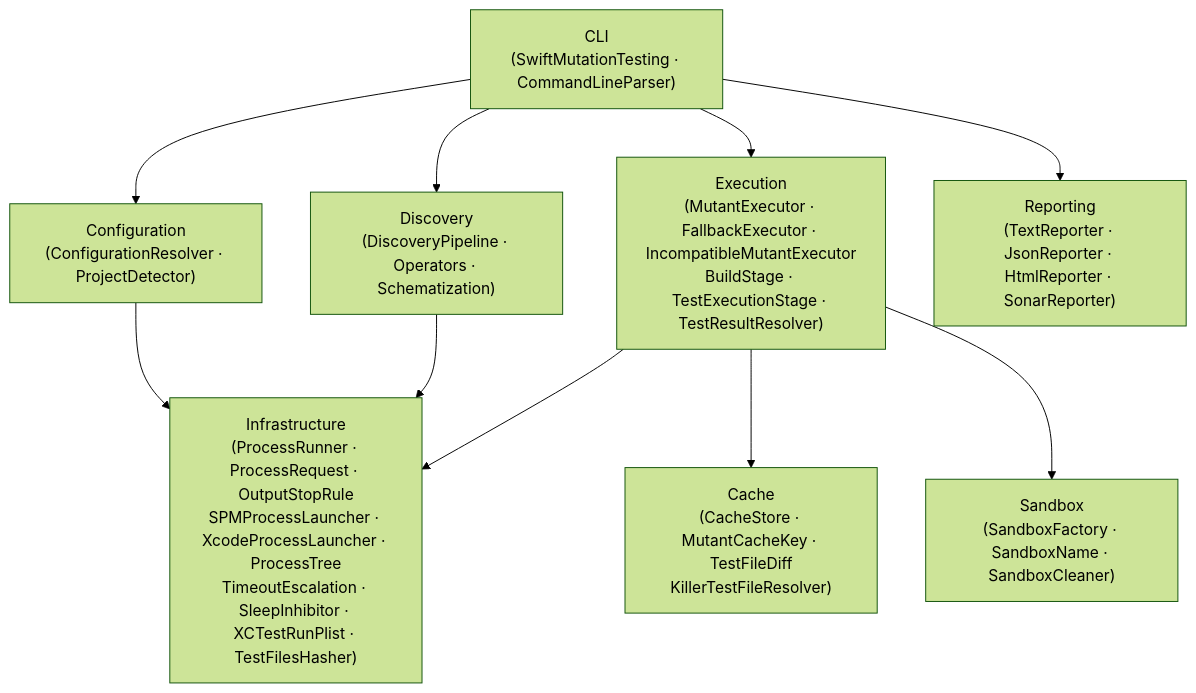
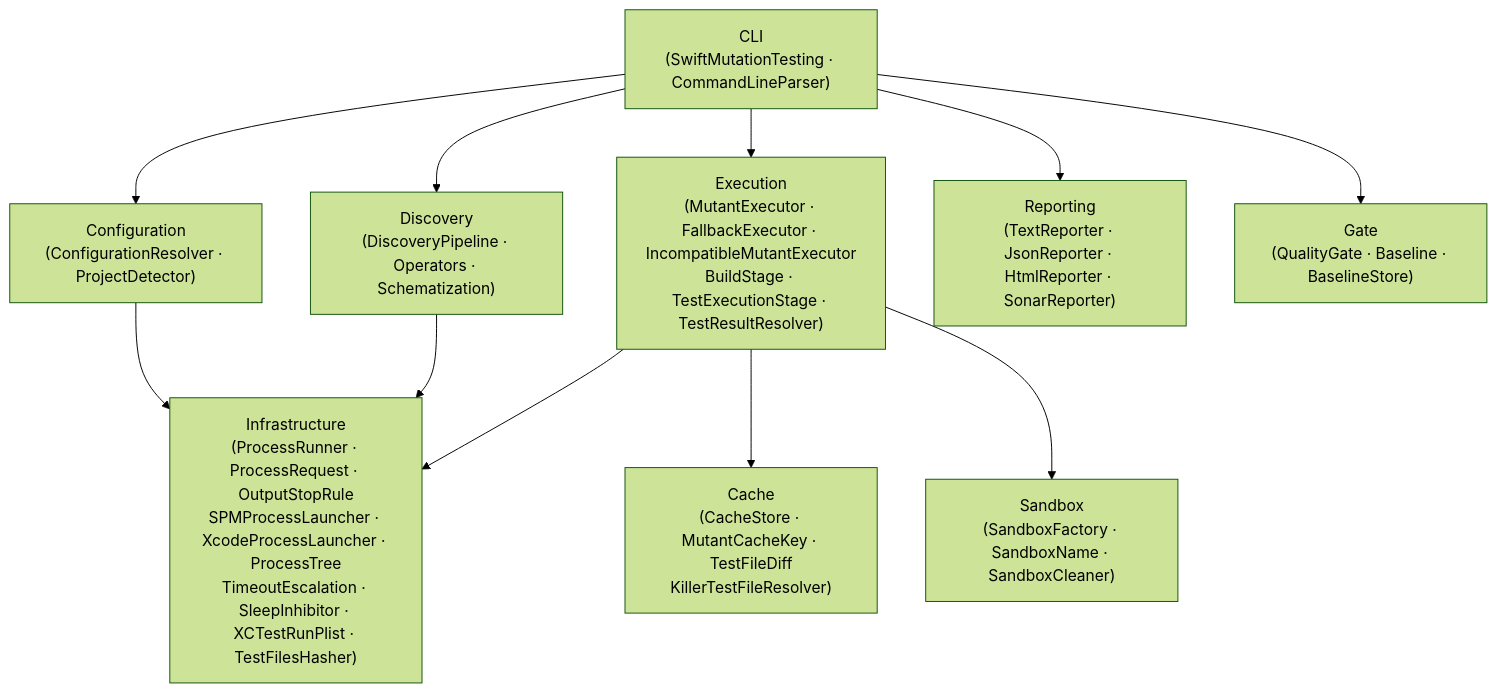
One commit to C24-Bank/swift-mutation-testing changed the first of 3 diagrams in Docs/Architecture/01-overview.md. Above: the diagram before and after it, drawn with Mermaid (forest theme). The commit also changed other lines of this file and 10 other files, not shown here.

Commit message:
docs: document fingerprints and the quality gate in the codebase and architecture reference

````diff
--- a/Docs/Architecture/01-overview.md
+++ b/Docs/Architecture/01-overview.md
@@ -17,21 +17,23 @@
 ```mermaid
 graph TD
     CLI["CLI\n(SwiftMutationTesting · CommandLineParser)"]
     CONFIG["Configuration\n(ConfigurationResolver · ProjectDetector)"]
     DISCOVERY["Discovery\n(DiscoveryPipeline · Operators · Schematization)"]
     EXECUTION["Execution\n(MutantExecutor · FallbackExecutor · IncompatibleMutantExecutor\nBuildStage · TestExecutionStage · TestResultResolver)"]
     REPORTING["Reporting\n(TextReporter · JsonReporter · HtmlReporter · SonarReporter)"]
     INFRA["Infrastructure\n(ProcessRunner · ProcessRequest · OutputStopRule\nSPMProcessLauncher · XcodeProcessLauncher · ProcessTree\nTimeoutEscalation · SleepInhibitor · XCTestRunPlist · TestFilesHasher)"]
     CACHE["Cache\n(CacheStore · MutantCacheKey · TestFileDiff\nKillerTestFileResolver)"]
     SANDBOX["Sandbox\n(SandboxFactory · SandboxName · SandboxCleaner)"]
+    GATE["Gate\n(QualityGate · Baseline · BaselineStore)"]
 
     CLI --> CONFIG
     CLI --> DISCOVERY
     CLI --> EXECUTION
     CLI --> REPORTING
+    CLI --> GATE
     EXECUTION --> INFRA
     EXECUTION --> CACHE
     EXECUTION --> SANDBOX
     DISCOVERY --> INFRA
     CONFIG --> INFRA
 ```
````
